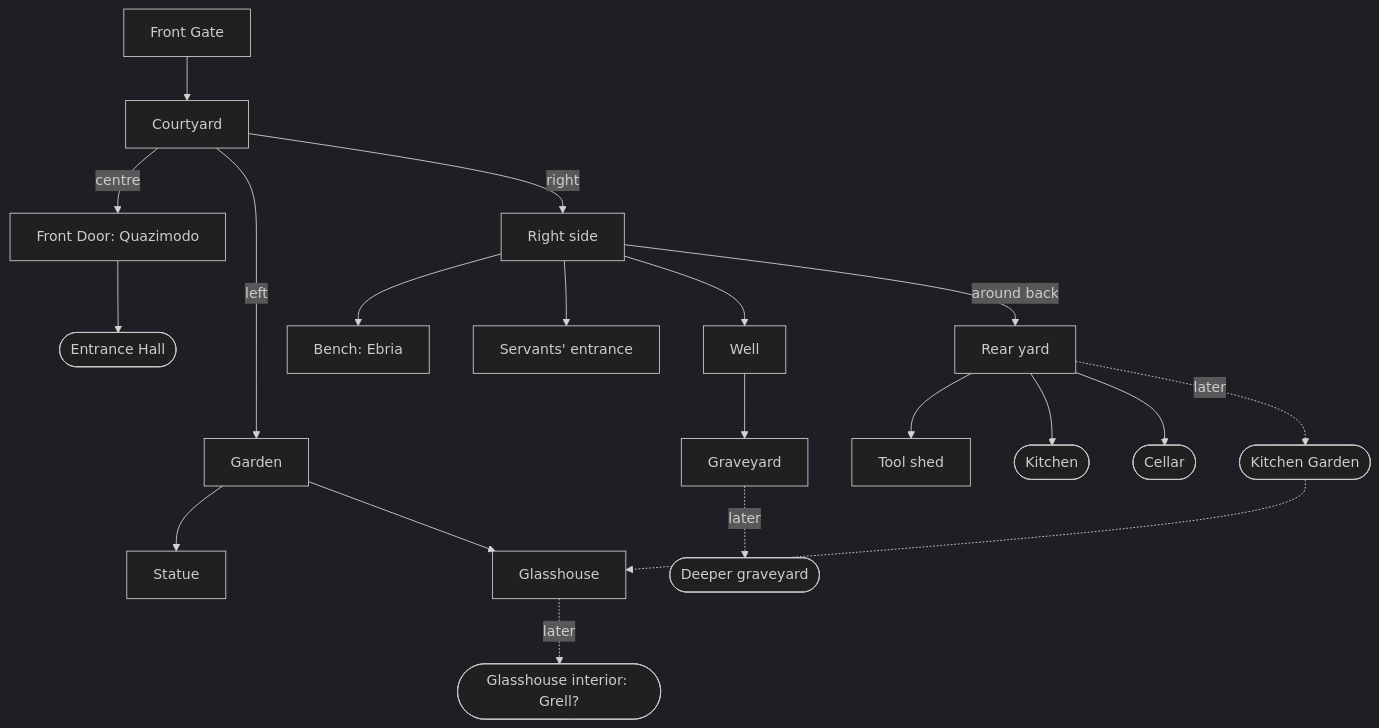
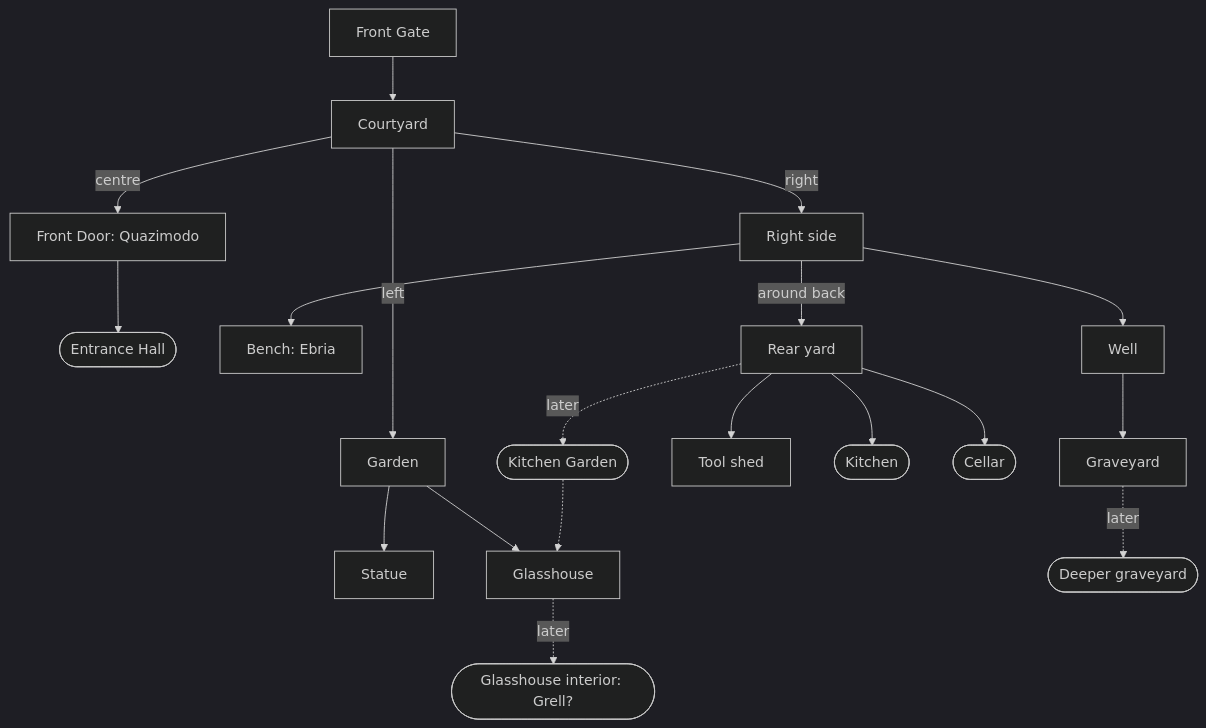
The diagram in PUZZLES.md (jamesmcmahondk-oss/The-Mansion), drawn with Mermaid (dark theme) before and after one commit. The commit also changed other lines of this file and 10 other files, not shown here.

First line of the commit message:
New right side of the Mansion; servants' entrance removed

````diff
--- a/PUZZLES.md
+++ b/PUZZLES.md
@@ -23,11 +23,11 @@
 ```mermaid
 flowchart TD
     GATE[Front Gate] --> COURT[Courtyard]
     COURT -->|centre| DOOR[Front Door: Quazimodo] --> HALL([Entrance Hall])
     COURT -->|left| GARDEN[Garden] --> STATUE[Statue] & GLASS[Glasshouse]
     GLASS -.later.-> GLASSIN([Glasshouse interior: Grell?])
-    COURT -->|right| RIGHT[Right side] --> BENCH[Bench: Ebria] & SERV[Servants' entrance] & WELL[Well]
+    COURT -->|right| RIGHT[Right side] --> BENCH[Bench: Ebria] & WELL[Well]
     WELL --> GRAVE[Graveyard] -.later.-> DEEP([Deeper graveyard])
     RIGHT -->|around back| REAR[Rear yard] --> SHED[Tool shed] & KITCHEN([Kitchen]) & CELLAR([Cellar])
     REAR -.later.-> KGARDEN([Kitchen Garden]) -.-> GLASS
 ```
````
